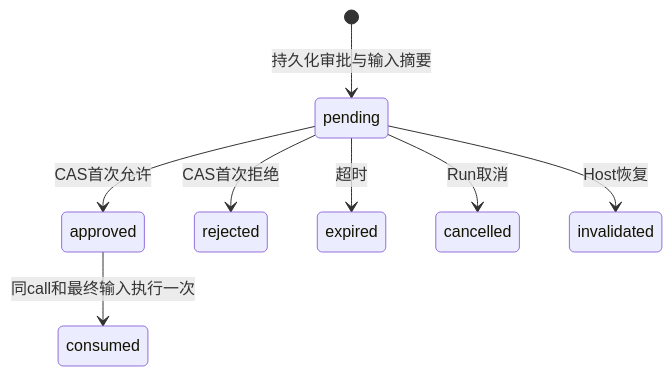
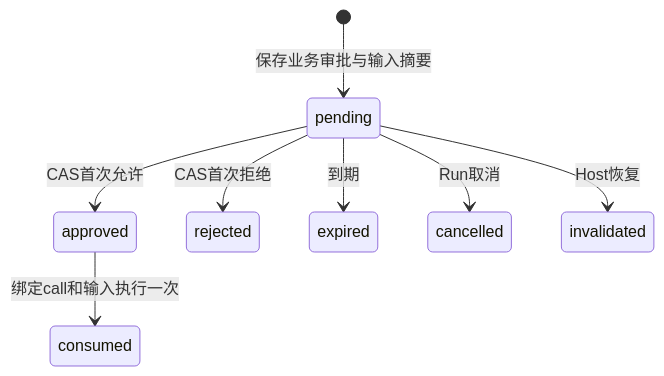
One commit to KunlunMeta-Limited/openpaw changed the seventh of 8 diagrams in docs/engine-host/master.md. Above: the diagram before and after it, drawn with Mermaid. The commit also changed other lines of this file and 48 other files, not shown here.

```diff
--- a/docs/engine-host/master.md
+++ b/docs/engine-host/master.md
@@ -75,10 +503,10 @@
 ~~~mermaid
 stateDiagram-v2
-    [*] --> pending: 持久化审批与输入摘要
+    [*] --> pending: 保存业务审批与输入摘要
     pending --> approved: CAS首次允许
     pending --> rejected: CAS首次拒绝
-    pending --> expired: 超时
+    pending --> expired: 到期
     pending --> cancelled: Run取消
     pending --> invalidated: Host恢复
-    approved --> consumed: 同call和最终输入执行一次
+    approved --> consumed: 绑定call和输入执行一次
 ~~~
```
